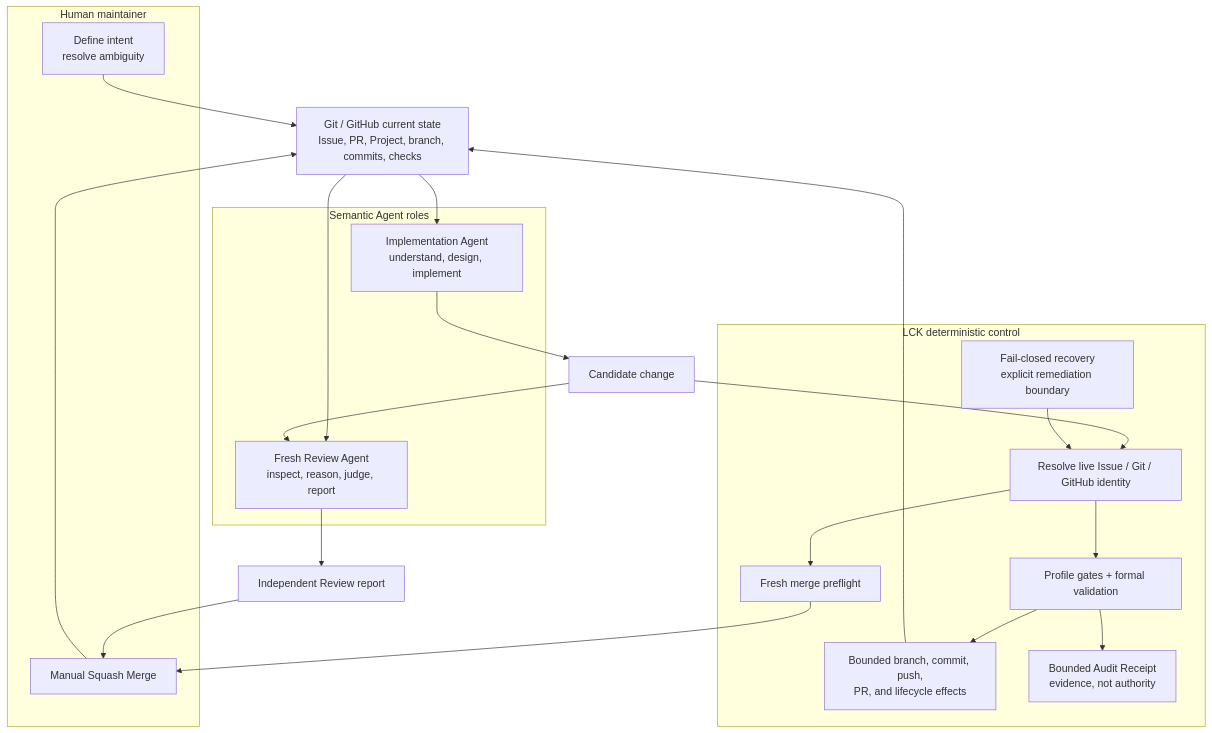
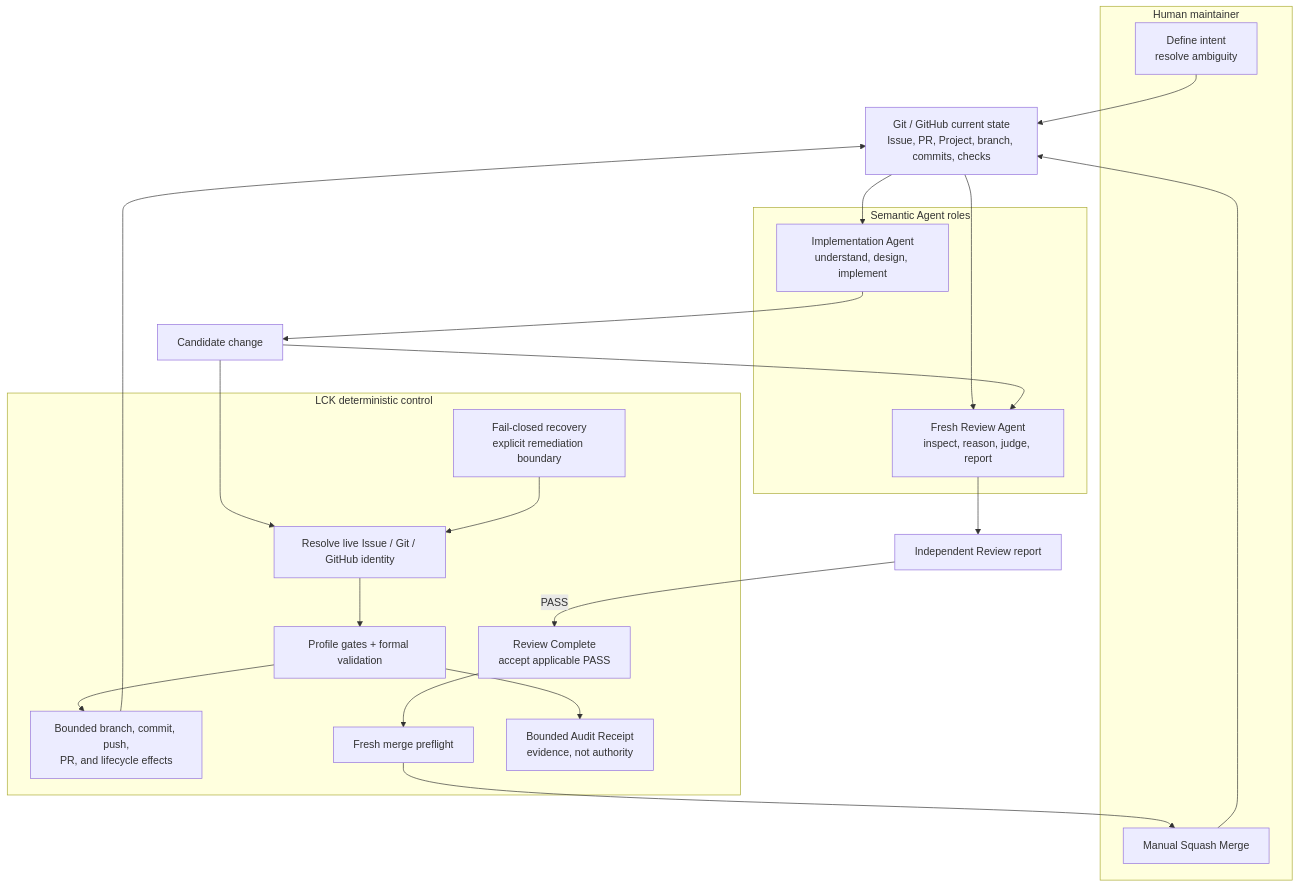
One commit to PhoenixSss/tracequant changed the first of 2 diagrams in docs/guides/LCK-overview.md. Above: the diagram before and after it, drawn with Mermaid.

Commit message:
docs: enforce review gates in LCK overview

````diff
--- a/docs/guides/LCK-overview.md
+++ b/docs/guides/LCK-overview.md
@@ -58,38 +58,39 @@
 ```mermaid
 flowchart TB
     subgraph HUMAN["Human maintainer"]
         INTENT["Define intent<br/>resolve ambiguity"]
         MERGE["Manual Squash Merge"]
     end
 
     subgraph AGENTS["Semantic Agent roles"]
         IMPLEMENTER["Implementation Agent<br/>understand, design, implement"]
         REVIEWER["Fresh Review Agent<br/>inspect, reason, judge, report"]
     end
 
     subgraph KERNEL["LCK deterministic control"]
         RESOLVE["Resolve live Issue / Git / GitHub identity"]
         GATES["Profile gates + formal validation"]
         EFFECTS["Bounded branch, commit, push,<br/>PR, and lifecycle effects"]
+        REVIEW_COMPLETE["Review Complete<br/>accept applicable PASS"]
         PREFLIGHT["Fresh merge preflight"]
         RECEIPT["Bounded Audit Receipt<br/>evidence, not authority"]
         RECOVERY["Fail-closed recovery<br/>explicit remediation boundary"]
     end
 
     STATE["Git / GitHub current state<br/>Issue, PR, Project, branch, commits, checks"]
     CANDIDATE["Candidate change"]
     VERDICT["Independent Review report"]
 
     INTENT --> STATE
     STATE --> IMPLEMENTER
     IMPLEMENTER --> CANDIDATE
     CANDIDATE --> RESOLVE --> GATES --> EFFECTS
     EFFECTS --> STATE
     GATES --> RECEIPT
     STATE --> REVIEWER
     CANDIDATE --> REVIEWER
-    REVIEWER --> VERDICT --> MERGE
-    RESOLVE --> PREFLIGHT --> MERGE
+    REVIEWER --> VERDICT
+    VERDICT -->|PASS| REVIEW_COMPLETE --> PREFLIGHT --> MERGE
     MERGE --> STATE
     RECOVERY --> RESOLVE
 ```
````
